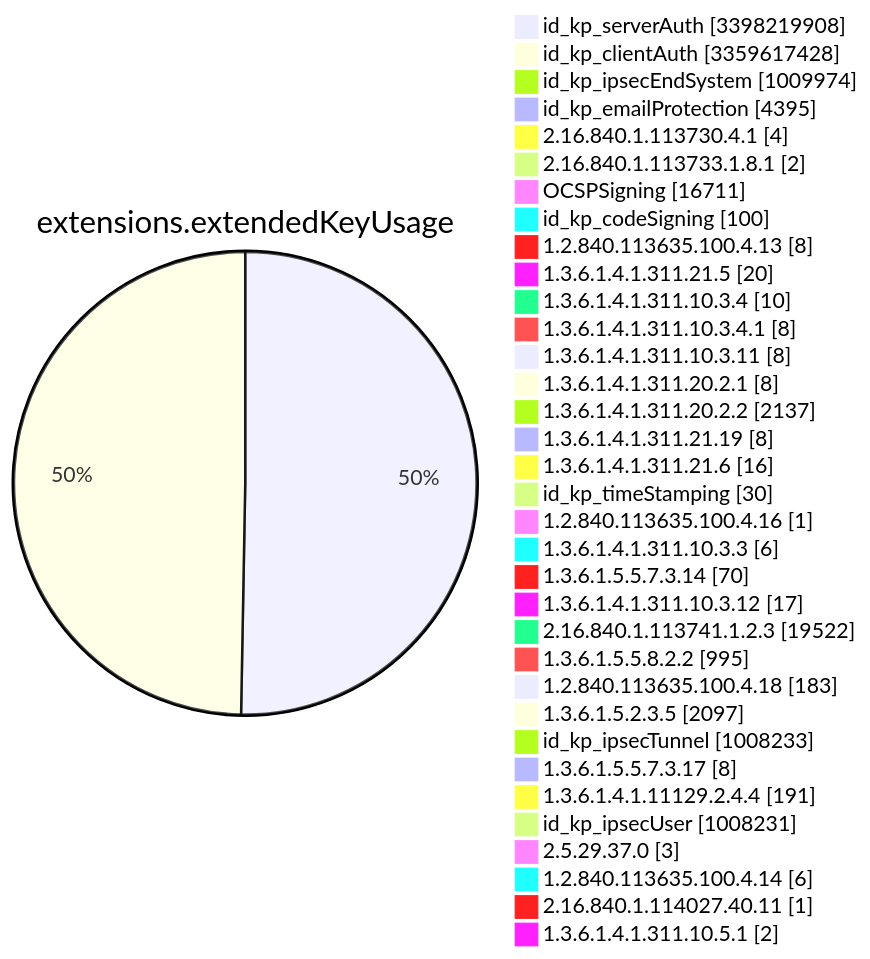
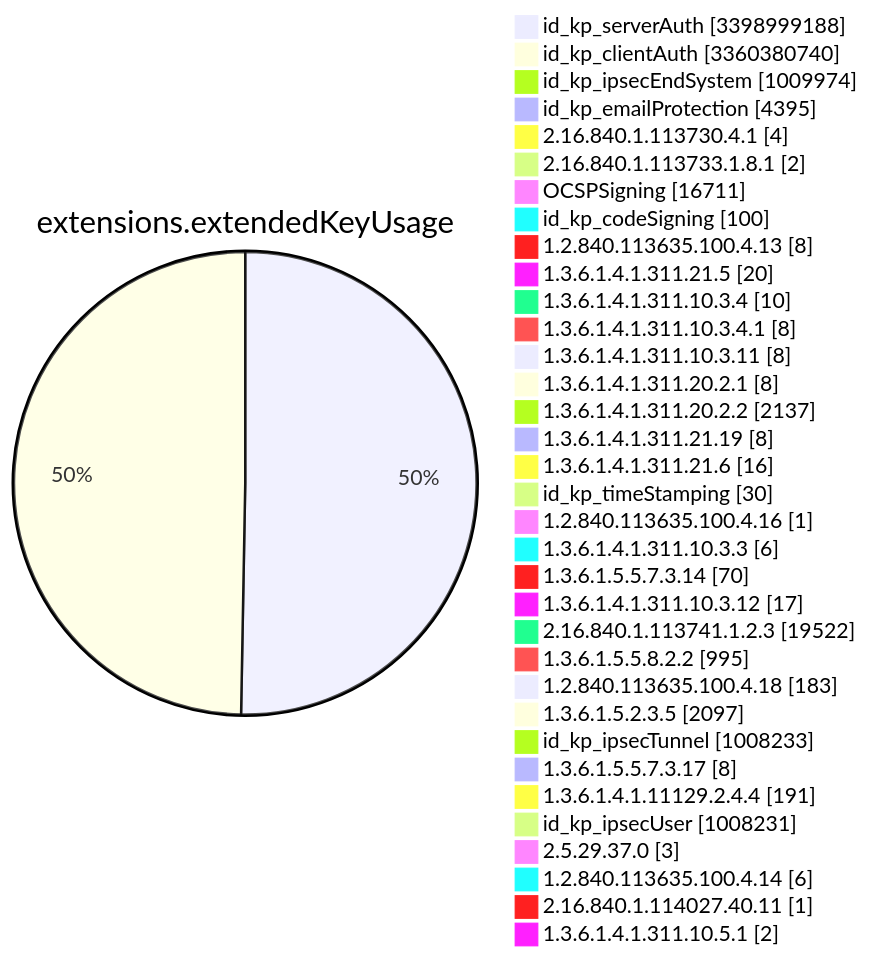
One commit to christiankrug/ctmonitor_visualization changed diagram 11 of 15 in TOTAL/README.md. Above: the diagram before and after it, drawn with Mermaid. The commit also changed other lines of this file, not shown here.

````diff
--- a/TOTAL/README.md
+++ b/TOTAL/README.md
@@ -4121,38 +4121,38 @@
 ```mermaid
 pie showData
 title extensions.extendedKeyUsage
-"id_kp_serverAuth" :3398219908
-"id_kp_clientAuth" :3359617428
+"id_kp_serverAuth" :3398999188
+"id_kp_clientAuth" :3360380740
 "id_kp_ipsecEndSystem" :1009974
 "id_kp_emailProtection" :4395
 "2.16.840.1.113730.4.1" :4
 "2.16.840.1.113733.1.8.1" :2
 "OCSPSigning" :16711
 "id_kp_codeSigning" :100
 "1.2.840.113635.100.4.13" :8
 "1.3.6.1.4.1.311.21.5" :20
 "1.3.6.1.4.1.311.10.3.4" :10
 "1.3.6.1.4.1.311.10.3.4.1" :8
 "1.3.6.1.4.1.311.10.3.11" :8
 "1.3.6.1.4.1.311.20.2.1" :8
 "1.3.6.1.4.1.311.20.2.2" :2137
 "1.3.6.1.4.1.311.21.19" :8
 "1.3.6.1.4.1.311.21.6" :16
 "id_kp_timeStamping" :30
 "1.2.840.113635.100.4.16" :1
 "1.3.6.1.4.1.311.10.3.3" :6
 "1.3.6.1.5.5.7.3.14" :70
 "1.3.6.1.4.1.311.10.3.12" :17
 "2.16.840.1.113741.1.2.3" :19522
 "1.3.6.1.5.5.8.2.2" :995
 "1.2.840.113635.100.4.18" :183
 "1.3.6.1.5.2.3.5" :2097
 "id_kp_ipsecTunnel" :1008233
 "1.3.6.1.5.5.7.3.17" :8
 "1.3.6.1.4.1.11129.2.4.4" :191
 "id_kp_ipsecUser" :1008231
 "2.5.29.37.0" :3
 "1.2.840.113635.100.4.14" :6
 "2.16.840.1.114027.40.11" :1
 "1.3.6.1.4.1.311.10.5.1" :2
 ```
````
